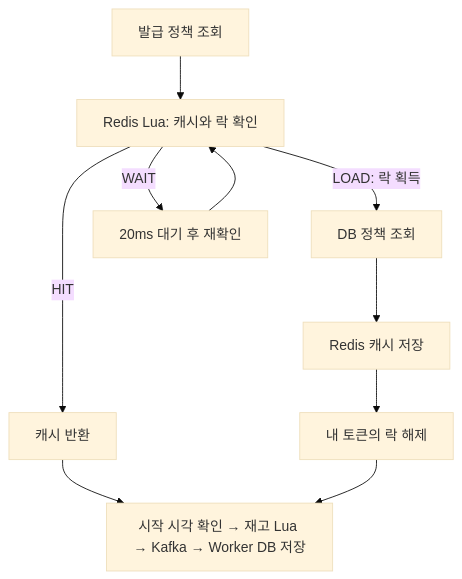
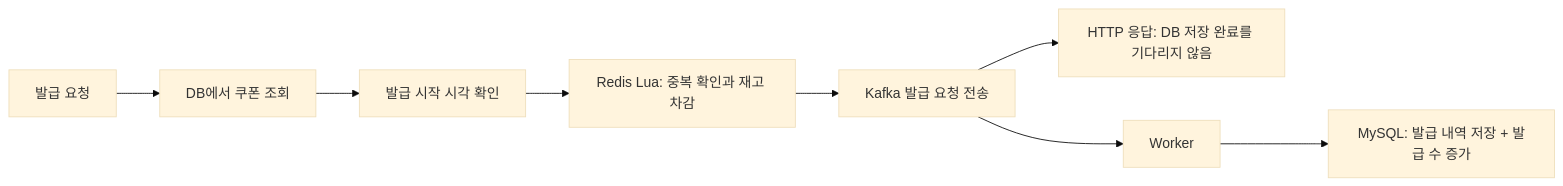
Before and after one commit to Ryudirc/couponIssueSystem: the diagram in README.md, drawn with Mermaid (base theme). The commit also changed other lines of this file, not shown here.

````diff
--- a/README.md
+++ b/README.md
@@ -22,12 +20,10 @@
 ```mermaid
-flowchart TD
-    A[발급 정책 조회] --> B[Redis Lua: 캐시와 락 확인]
-    B -->|HIT| C[캐시 반환]
-    B -->|LOAD: 락 획득| D[DB 정책 조회]
-    D --> E[Redis 캐시 저장]
-    E --> F[내 토큰의 락 해제]
-    B -->|WAIT| G[20ms 대기 후 재확인]
-    G --> B
-    C --> H[시작 시각 확인 → 재고 Lua → Kafka → Worker DB 저장]
-    F --> H
+flowchart LR
+    A[발급 요청] --> B[DB에서 쿠폰 조회]
+    B --> C[발급 시작 시각 확인]
+    C --> D[Redis Lua: 중복 확인과 재고 차감]
+    D --> E[Kafka 발급 요청 전송]
+    E --> F[HTTP 응답: DB 저장 완료를 기다리지 않음]
+    E --> G[Worker]
+    G --> H[MySQL: 발급 내역 저장 + 발급 수 증가]
 ```
````
